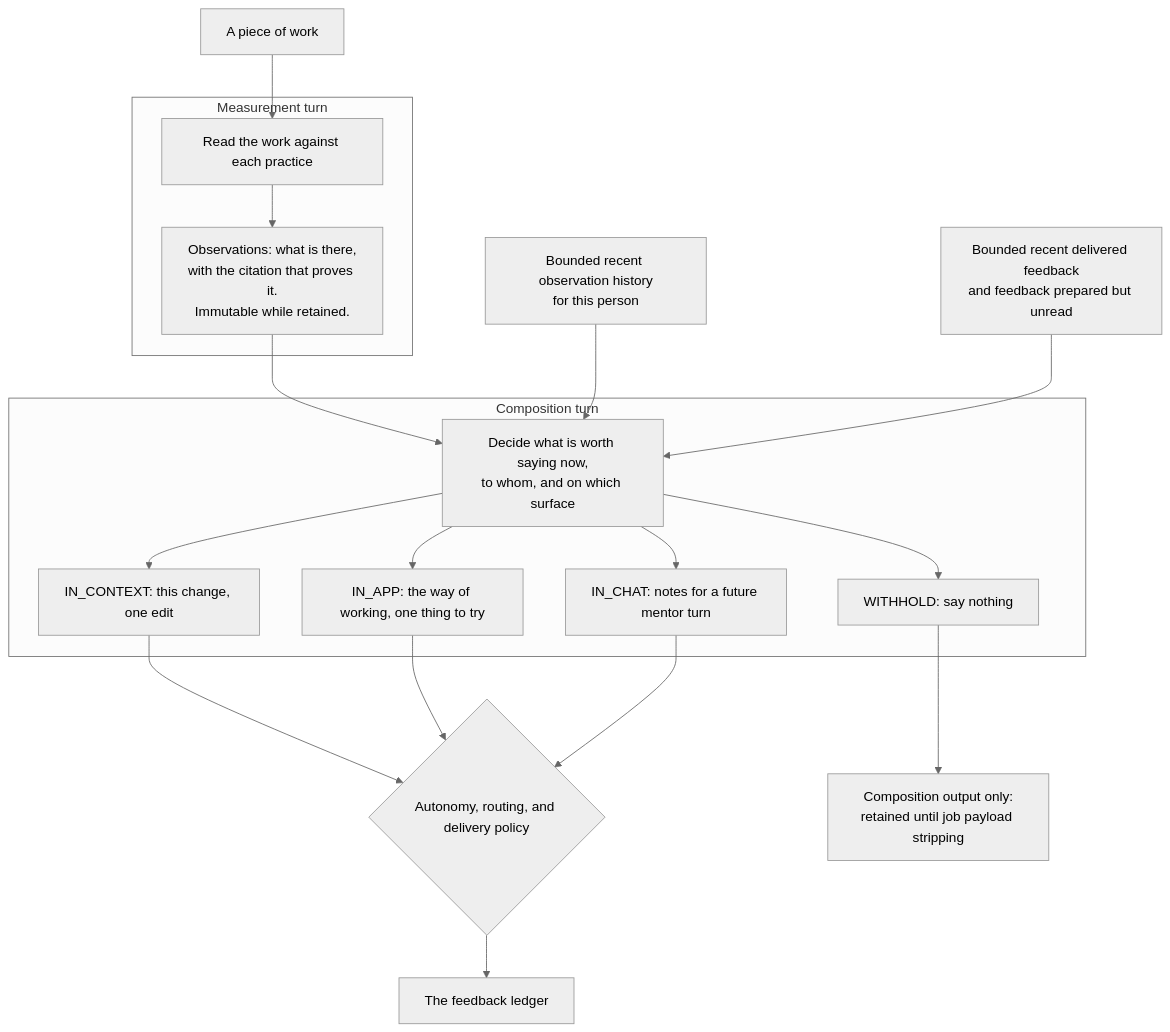
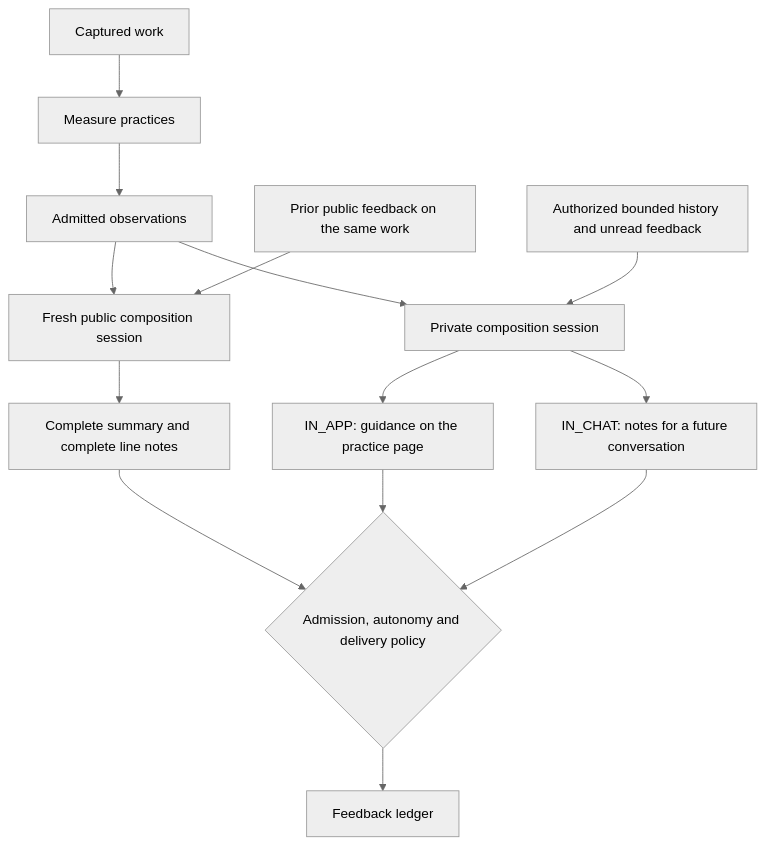
The second of 2 diagrams in docs/contributor/practice-review-pipeline.mdx (hephaestus-build/Hephaestus), drawn with Mermaid (neutral theme) before and after one commit. The commit also changed other lines of this file and 72 other files, not shown here.

Commit message:
feat(server): compose complete practice feedback

````diff
--- a/docs/contributor/practice-review-pipeline.mdx
+++ b/docs/contributor/practice-review-pipeline.mdx
@@ -515,29 +517,18 @@
 ```mermaid
 flowchart TB
-    accTitle: Measurement and feedback composition are separate turns
-    accDescr: A measurement turn creates grounded observations. A composition turn combines admitted observations with bounded history and proposes feedback for three channels or withholds it.
-    work["A piece of work"] --> measure
-
-    subgraph measurementTurn["Measurement turn"]
-        measure["Read the work against each practice"]
-        measure --> obs["Observations: what is there,<br/>with the citation that proves it.<br/>Immutable while retained."]
-    end
-
-    obs --> compose
-    record["Bounded recent observation history<br/>for this person"] --> compose
-    said["Bounded recent delivered feedback<br/>and feedback prepared but unread"] --> compose
-
-    subgraph compositionTurn["Composition turn"]
-        compose["Decide what is worth saying now,<br/>to whom, and on which surface"]
-        compose --> incontext["IN_CONTEXT: this change, one edit"]
-        compose --> page["IN_APP: the way of working, one thing to try"]
-        compose --> chat["IN_CHAT: notes for a future mentor turn"]
-        compose --> quiet["WITHHOLD: say nothing"]
-    end
-
-    incontext --> gate{"Autonomy, routing, and delivery policy"}
+    accTitle: Public and private composition have separate inputs
+    accDescr: Admitted observations feed a public review of current work and separate private feedback from authorized history. The server admits each complete body before delivery.
+    work["Captured work"] --> measure["Measure practices"]
+    measure --> obs["Admitted observations"]
+    obs --> public["Fresh public composition session"]
+    sameWork["Prior public feedback on the same work"] --> public
+    public --> review["Complete summary and complete line notes"]
+    obs --> private["Private composition session"]
+    history["Authorized bounded history and unread feedback"] --> private
+    private --> page["IN_APP: guidance on the practice page"]
+    private --> chat["IN_CHAT: notes for a future conversation"]
+    review --> gate{"Admission, autonomy and delivery policy"}
     page --> gate
     chat --> gate
-    gate --> ledger["The feedback ledger"]
-    quiet --> compositionResult["Composition output only:<br/>retained until job payload stripping"]
+    gate --> ledger["Feedback ledger"]
 ```
````
